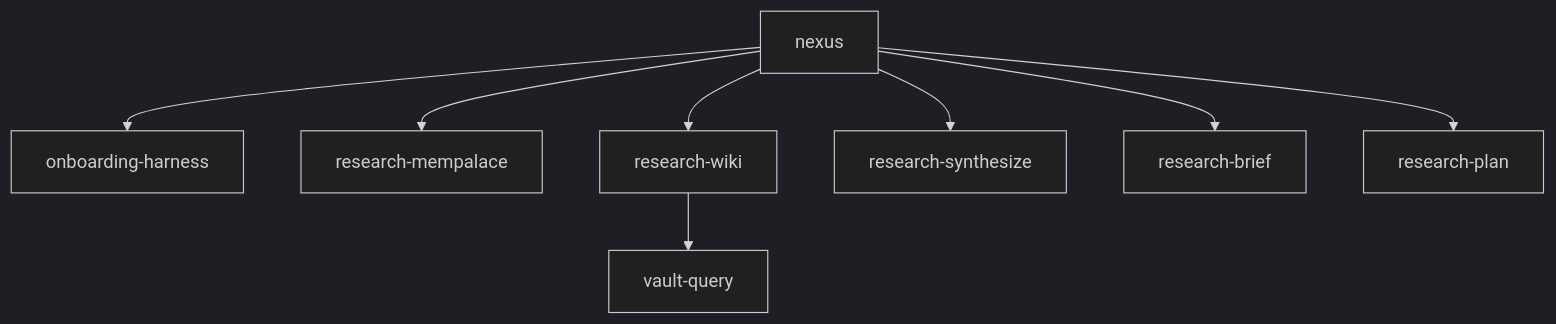
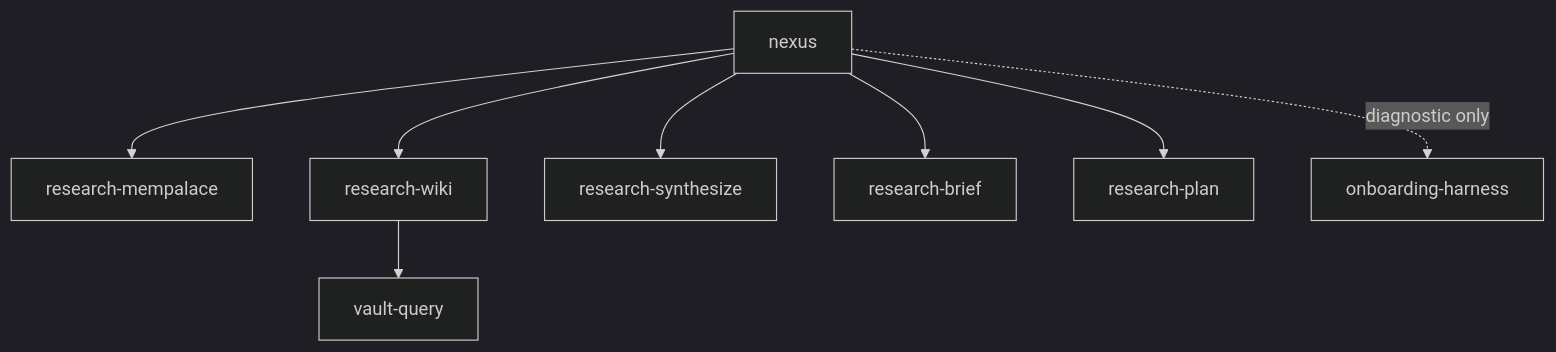
Before and after one commit to Quetan/nexus: the diagram in README.md, drawn with Mermaid (dark theme). The commit also changed other lines of this file and 11 other files, not shown here.

````diff
--- a/README.md
+++ b/README.md
@@ -25,10 +25,10 @@
 ```mermaid
 graph TD
-  N[nexus] --> O[onboarding-harness]
-  N --> M[research-mempalace]
+  N[nexus] --> M[research-mempalace]
   N --> W[research-wiki]
   W --> Q[vault-query]
   N --> S[research-synthesize]
   N --> B[research-brief]
   N --> P[research-plan]
+  N -.->|diagnostic only| O[onboarding-harness]
 ```
````
